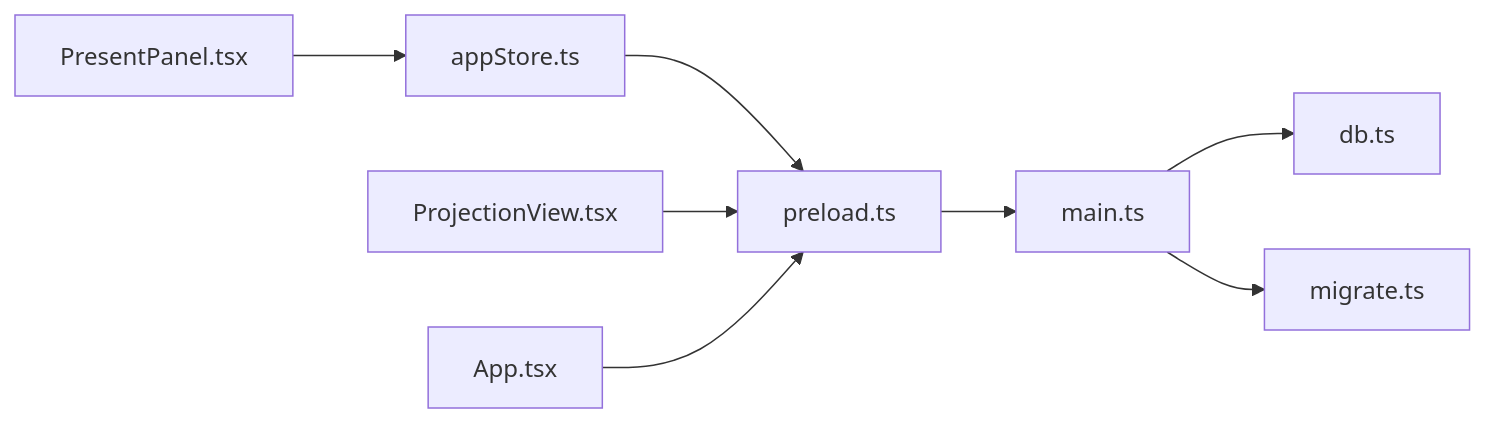
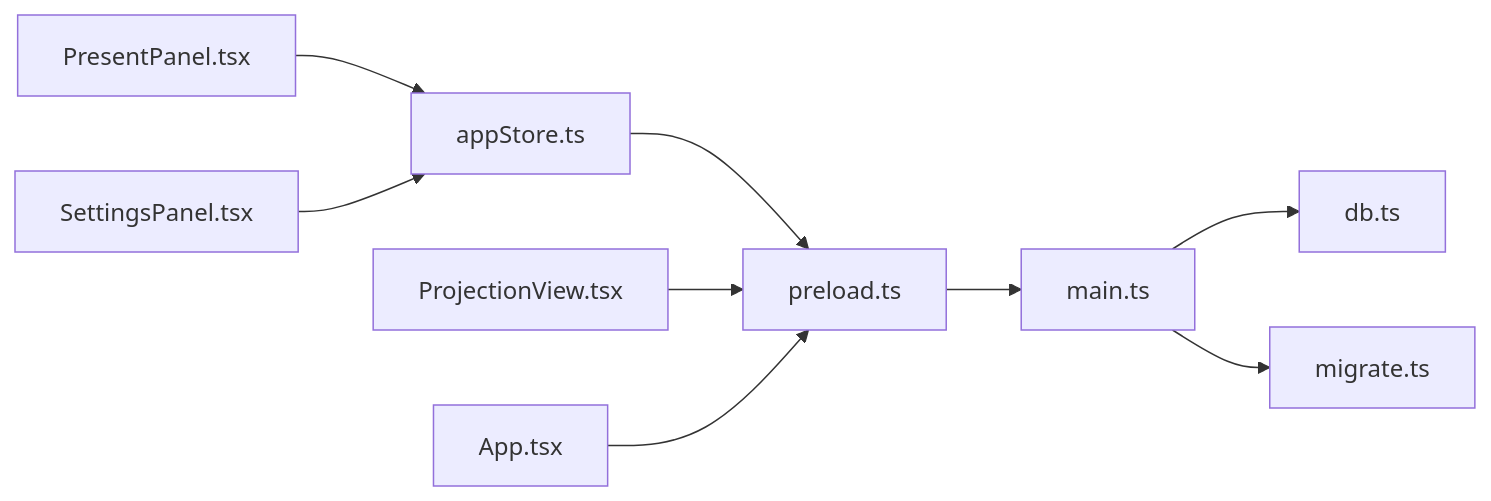
Before and after one commit to jimmywyk/lyricdeck: the third of 3 diagrams in .qoder/repowiki/en/content/API Reference/Electron IPC API.md, drawn with Mermaid. The commit also changed other lines of this file and 9 other files, not shown here.

````diff
--- a/.qoder/repowiki/en/content/API Reference/Electron IPC API.md
+++ b/.qoder/repowiki/en/content/API Reference/Electron IPC API.md
@@ -334,10 +391,11 @@
 ```mermaid
 graph LR
 A["PresentPanel.tsx"] --> B["appStore.ts"]
-B --> C["preload.ts"]
-C --> D["main.ts"]
-D --> E["db.ts"]
-D --> F["migrate.ts"]
-G["ProjectionView.tsx"] --> C
-H["App.tsx"] --> C
+C["SettingsPanel.tsx"] --> B
+B --> D["preload.ts"]
+D --> E["main.ts"]
+E --> F["db.ts"]
+E --> G["migrate.ts"]
+H["ProjectionView.tsx"] --> D
+I["App.tsx"] --> D
 ```
````
